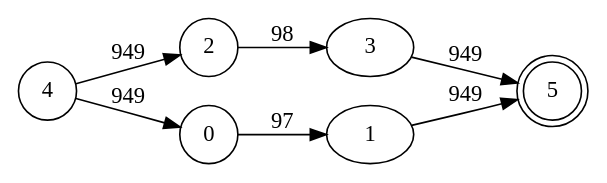
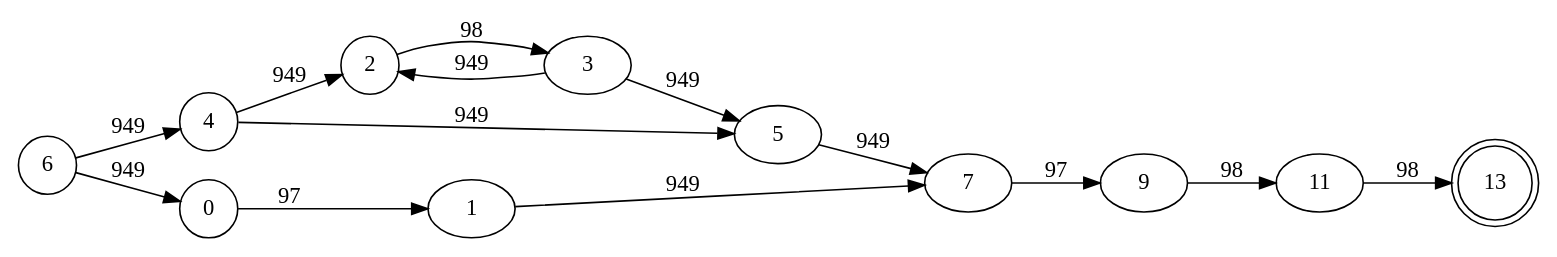
The diagram in test-output/automata1.gv (bryannalfaro/Dise-odeLenguajes), drawn with Graphviz before and after one commit. The commit also changed 7 other files, not shown here.

```diff
--- a/test-output/automata1.gv
+++ b/test-output/automata1.gv
@@ -1,13 +1,21 @@
 digraph automata1 {
 	rankdir=LR
+	6 [label=6 shape=circle]
+	13 [label=13 shape=doublecircle]
 	4 [label=4 shape=circle]
-	5 [label=5 shape=doublecircle]
+	0 [label=0 shape=circle]
 	2 [label=2 shape=circle]
-	0 [label=0 shape=circle]
+	6 -> 4 [label=949]
+	6 -> 0 [label=949]
 	4 -> 2 [label=949]
-	4 -> 0 [label=949]
+	4 -> 5 [label=949]
 	2 -> 3 [label=98]
 	3 -> 5 [label=949]
+	3 -> 2 [label=949]
+	5 -> 7 [label=949]
 	0 -> 1 [label=97]
-	1 -> 5 [label=949]
+	1 -> 7 [label=949]
+	7 -> 9 [label=97]
+	9 -> 11 [label=98]
+	11 -> 13 [label=98]
 }
```
